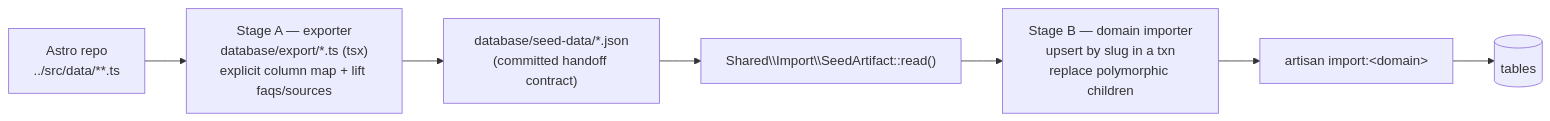
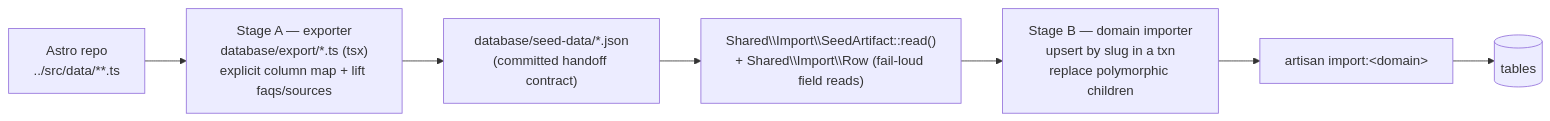
One commit to blancomaberino/navyweek-laravel changed the fourth of 4 diagrams in docs/architecture.md. Above: the diagram before and after it, drawn with Mermaid. The commit also changed other lines of this file and 1048 other files, not shown here.

````diff
--- a/docs/architecture.md
+++ b/docs/architecture.md
@@ -826,9 +826,9 @@
 ```mermaid
 flowchart LR
     Legacy["Astro repo<br/>../src/data/**.ts"] --> Export["Stage A — exporter<br/>database/export/*.ts (tsx)<br/>explicit column map + lift faqs/sources"]
     Export --> Artifact["database/seed-data/*.json<br/>(committed handoff contract)"]
-    Artifact --> Reader["Shared\\Import\\SeedArtifact::read()"]
+    Artifact --> Reader["Shared\\Import\\SeedArtifact::read()<br/>+ Shared\\Import\\Row (fail-loud field reads)"]
     Reader --> Importer["Stage B — domain importer<br/>upsert by slug in a txn<br/>replace polymorphic children"]
     Importer --> Cmd["artisan import:&lt;domain&gt;"]
     Cmd --> DB[("tables")]
 ```
````
